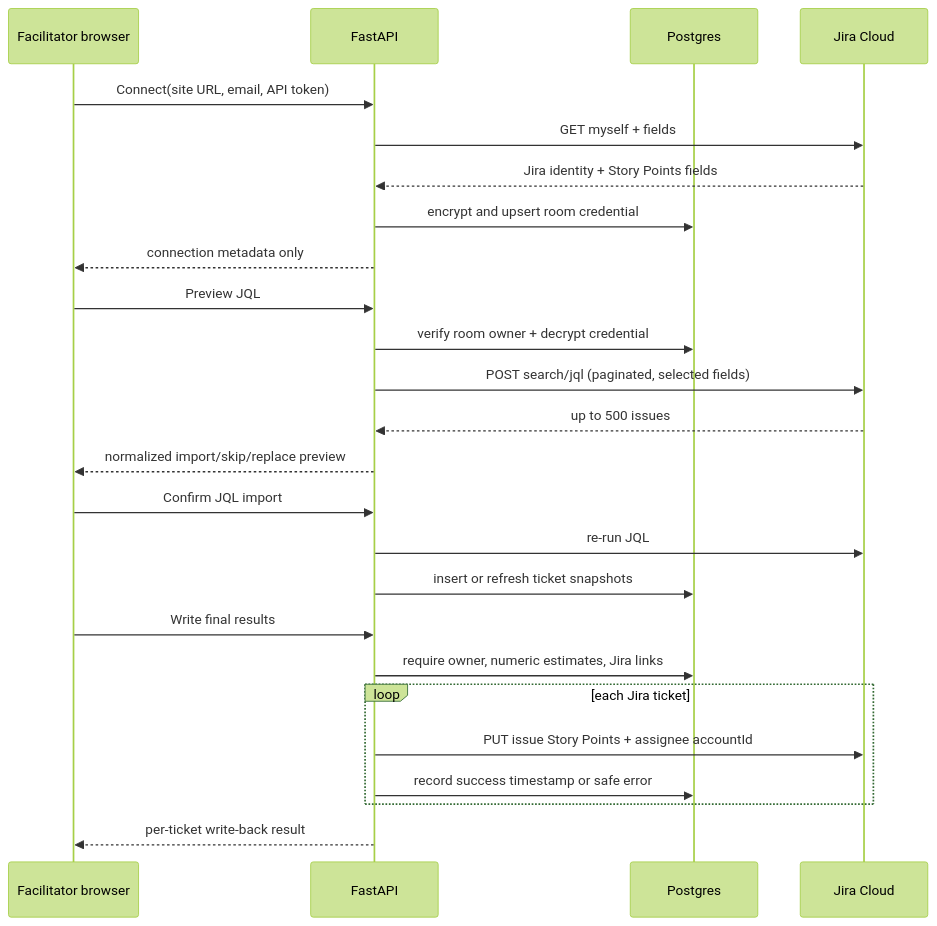
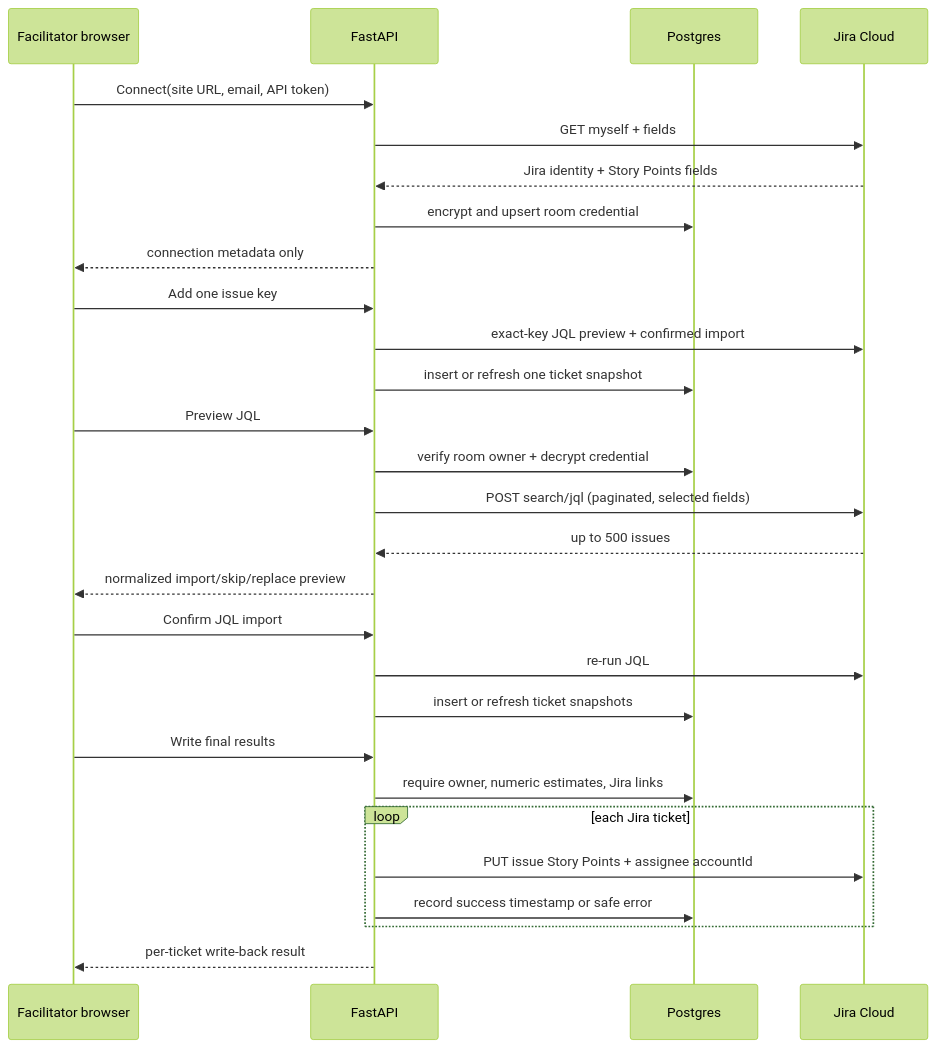
Before and after one commit to tomekpilat/tickettalk.io: the fifth of 7 diagrams in ARCHITECTURE.md, drawn with Mermaid (forest theme). The commit also changed other lines of this file and 6 other files, not shown here.

Commit message:
Add single Jira ticket import

````diff
--- a/ARCHITECTURE.md
+++ b/ARCHITECTURE.md
@@ -272,30 +272,34 @@
 ```mermaid
 sequenceDiagram
     participant F as Facilitator browser
     participant API as FastAPI
     participant DB as Postgres
     participant J as Jira Cloud
 
     F->>API: Connect(site URL, email, API token)
     API->>J: GET myself + fields
     J-->>API: Jira identity + Story Points fields
     API->>DB: encrypt and upsert room credential
     API-->>F: connection metadata only
+
+    F->>API: Add one issue key
+    API->>J: exact-key JQL preview + confirmed import
+    API->>DB: insert or refresh one ticket snapshot
 
     F->>API: Preview JQL
     API->>DB: verify room owner + decrypt credential
     API->>J: POST search/jql (paginated, selected fields)
     J-->>API: up to 500 issues
     API-->>F: normalized import/skip/replace preview
     F->>API: Confirm JQL import
     API->>J: re-run JQL
     API->>DB: insert or refresh ticket snapshots
 
     F->>API: Write final results
     API->>DB: require owner, numeric estimates, Jira links
     loop each Jira ticket
         API->>J: PUT issue Story Points + assignee accountId
         API->>DB: record success timestamp or safe error
     end
     API-->>F: per-ticket write-back result
 ```
````
